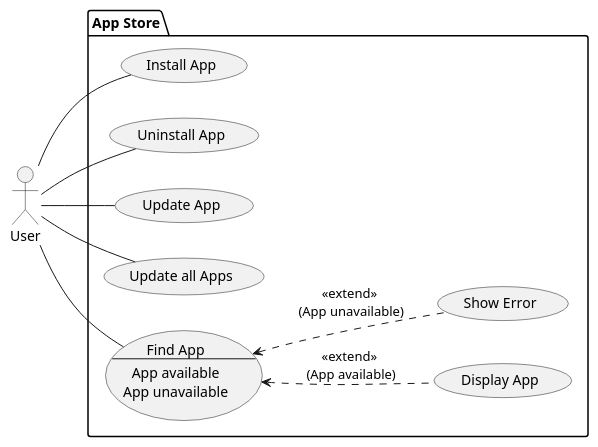
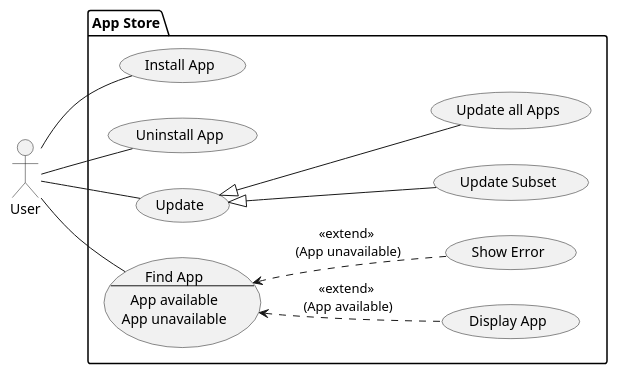
One commit to notfirefox/swea-project changed the diagram in src/appstore_usecases.puml. Above: the diagram before and after it, drawn with PlantUML.

Commit message:
Update use case diagram

```diff
--- a/src/appstore_usecases.puml
+++ b/src/appstore_usecases.puml
@@ -1,31 +1,34 @@
 @startuml
 
 actor User as user
 
 package "App Store" {
     left to right direction
 
     usecase install as "Install App"
     usecase uninstall as "Uninstall App"
-    usecase update as "Update App"
+    usecase update as "Update"
+    usecase updateSubset as "Update Subset"
     usecase updateAll as "Update all Apps"
     usecase findApp as "Find App
     --
     App available
     App unavailable
     "
 
     usecase "Display App" as displayApp
     usecase "Show Error" as showError
 
     user -- install
     user -- uninstall
     user -- update
-    user -- updateAll
     user -- findApp
+
+    update <|-- updateAll
+    update <|-- updateSubset
 
     findApp <.. displayApp : "<<extend>>\n (App available)"
     findApp <.. showError : "<<extend>>\n (App unavailable)"
 }
 
 @enduml
```
